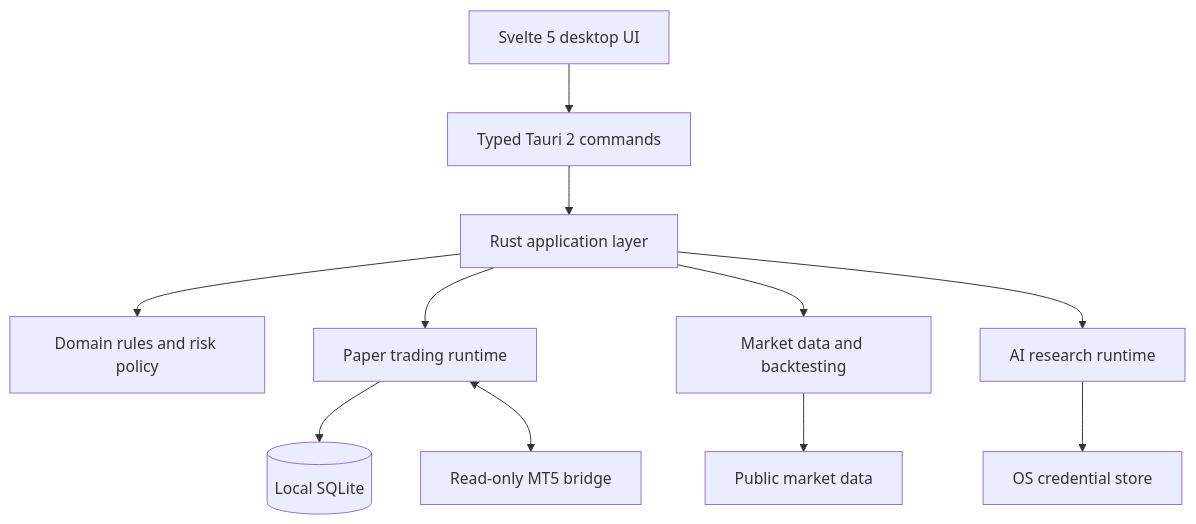
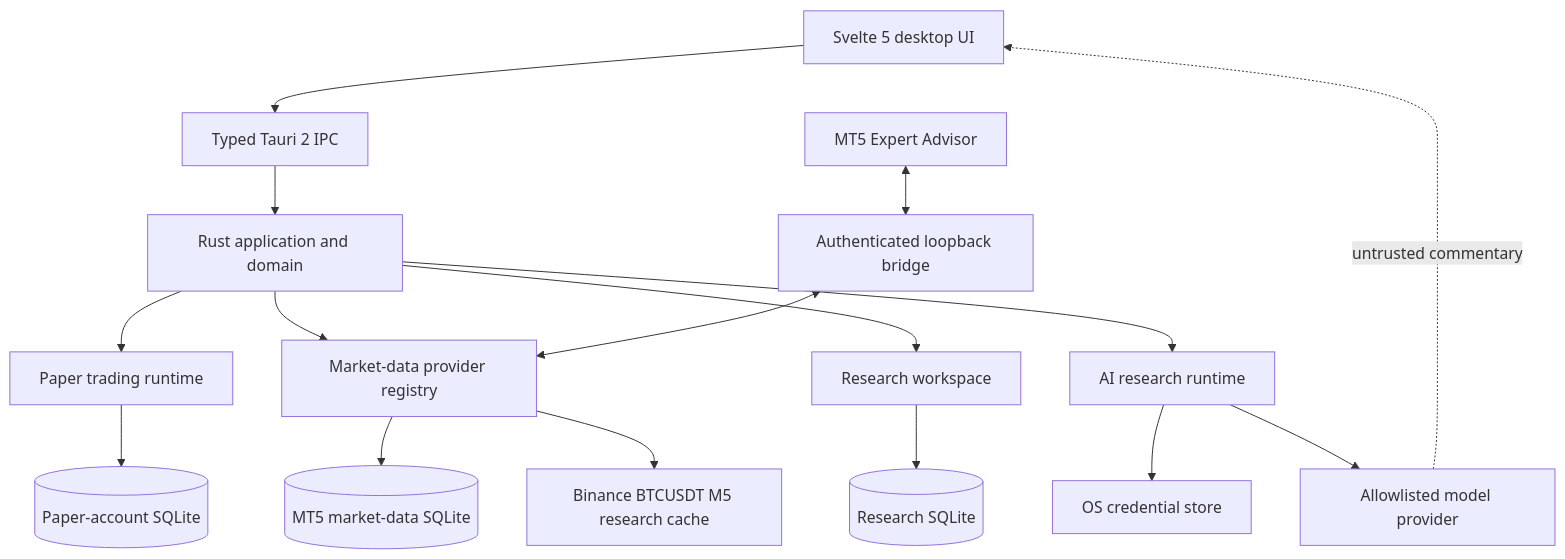
Before and after one commit to Reivhell/ATOS: the diagram in README.md, drawn with Mermaid. The commit also changed other lines of this file, not shown here.

````diff
--- a/README.md
+++ b/README.md
@@ -70,13 +155,21 @@
 ```mermaid
-flowchart TD
-    UI["Svelte 5 desktop UI"] --> IPC["Typed Tauri 2 commands"]
-    IPC --> APP["Rust application layer"]
-    APP --> DOMAIN["Domain rules and risk policy"]
+flowchart TB
+    UI["Svelte 5 desktop UI"] --> IPC["Typed Tauri 2 IPC"]
+    IPC --> APP["Rust application and domain"]
     APP --> TRADING["Paper trading runtime"]
-    APP --> RESEARCH["Market data and backtesting"]
+    APP --> MARKET["Market-data provider registry"]
+    APP --> RESEARCH["Research workspace"]
     APP --> AI["AI research runtime"]
-    TRADING --> DB[("Local SQLite")]
-    RESEARCH --> DATA["Public market data"]
-    TRADING <--> MT5["Read-only MT5 bridge"]
-    AI --> CREDS["OS credential store"]
+
+    TRADING --> ACCOUNTDB[("Paper-account SQLite")]
+    MARKET --> MT5STORE[("MT5 market-data SQLite")]
+    RESEARCH --> RESEARCHDB[("Research SQLite")]
+
+    MT5EA["MT5 Expert Advisor"] <--> BRIDGE["Authenticated loopback bridge"]
+    BRIDGE <--> MARKET
+    MARKET --> BINANCE["Binance BTCUSDT M5 research cache"]
+
+    AI --> KEYRING["OS credential store"]
+    AI --> PROVIDER["Allowlisted model provider"]
+    PROVIDER -. "untrusted commentary" .-> UI
 ```
````
